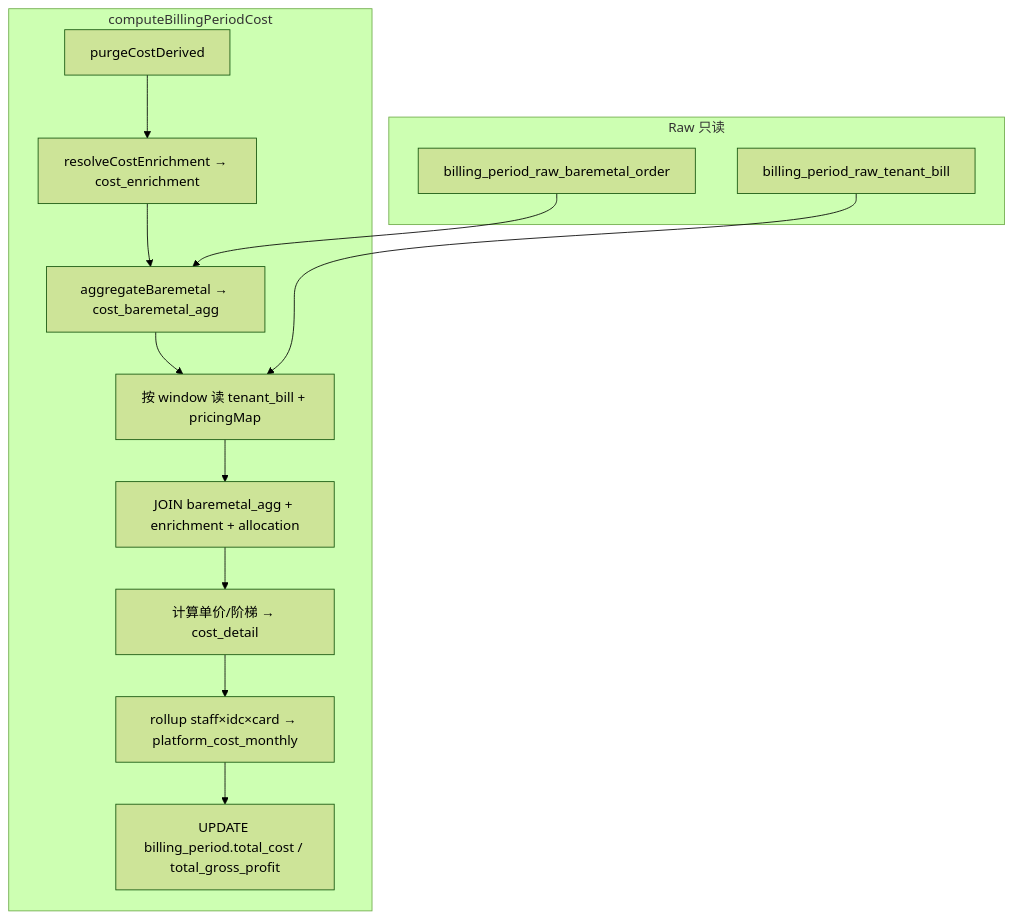
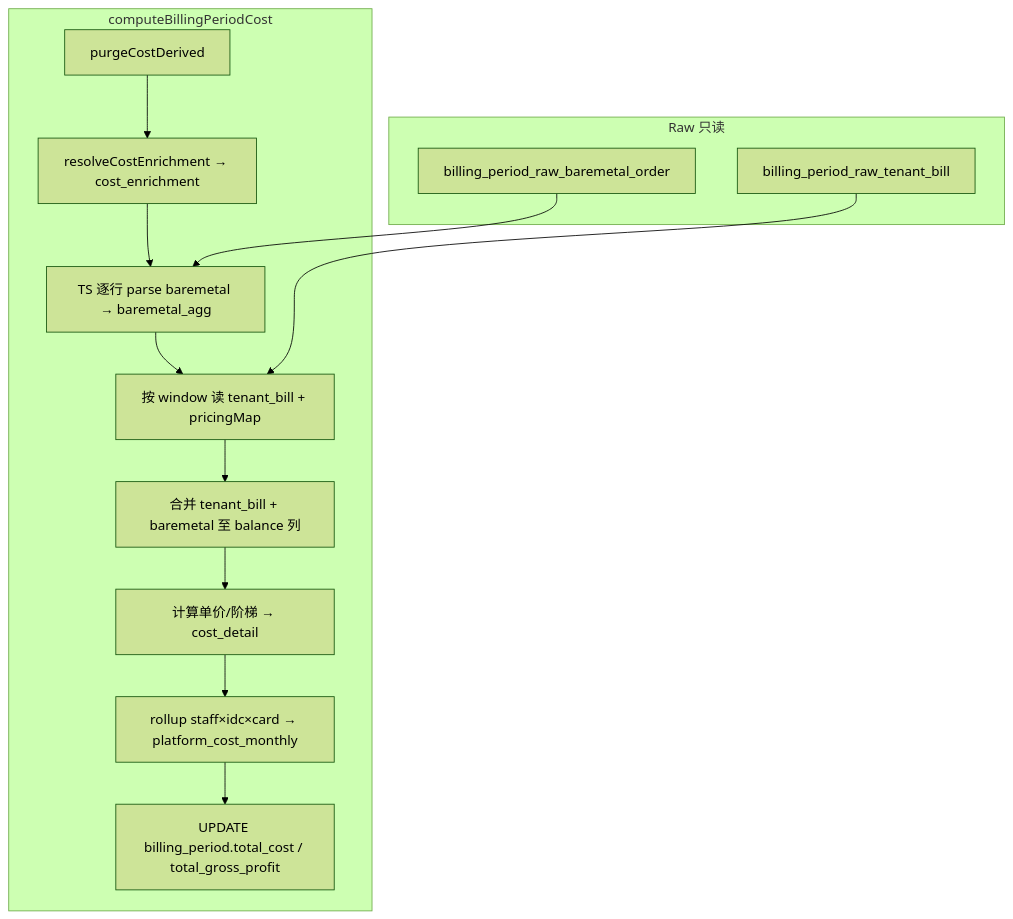
One commit to metacode0602/opencomfy-hub changed the second of 2 diagrams in apps/web/content/design/finance-create-compute-flow-analysis.md. Above: the diagram before and after it, drawn with Mermaid (forest theme). The commit also changed other lines of this file and 33 other files, not shown here.

````diff
--- a/apps/web/content/design/finance-create-compute-flow-analysis.md
+++ b/apps/web/content/design/finance-create-compute-flow-analysis.md
@@ -439,20 +518,20 @@
 ```mermaid
 flowchart TD
     subgraph raw [Raw 只读]
         R1[billing_period_raw_tenant_bill]
         R2[billing_period_raw_baremetal_order]
     end
 
     subgraph k [computeBillingPeriodCost]
         K0[purgeCostDerived] --> K1[resolveCostEnrichment → cost_enrichment]
-        K1 --> K2[aggregateBaremetal → cost_baremetal_agg]
+        K1 --> K2[TS 逐行 parse baremetal → baremetal_agg]
         K2 --> K3[按 window 读 tenant_bill + pricingMap]
-        K3 --> K4[JOIN baremetal_agg + enrichment + allocation]
+        K3 --> K4[合并 tenant_bill + baremetal 至 balance 列]
         K4 --> K5[计算单价/阶梯 → cost_detail]
         K5 --> K6[rollup staff×idc×card → platform_cost_monthly]
         K6 --> K7[UPDATE billing_period.total_cost / total_gross_profit]
     end
 
     R1 --> K3
     R2 --> K2
 ```
````
